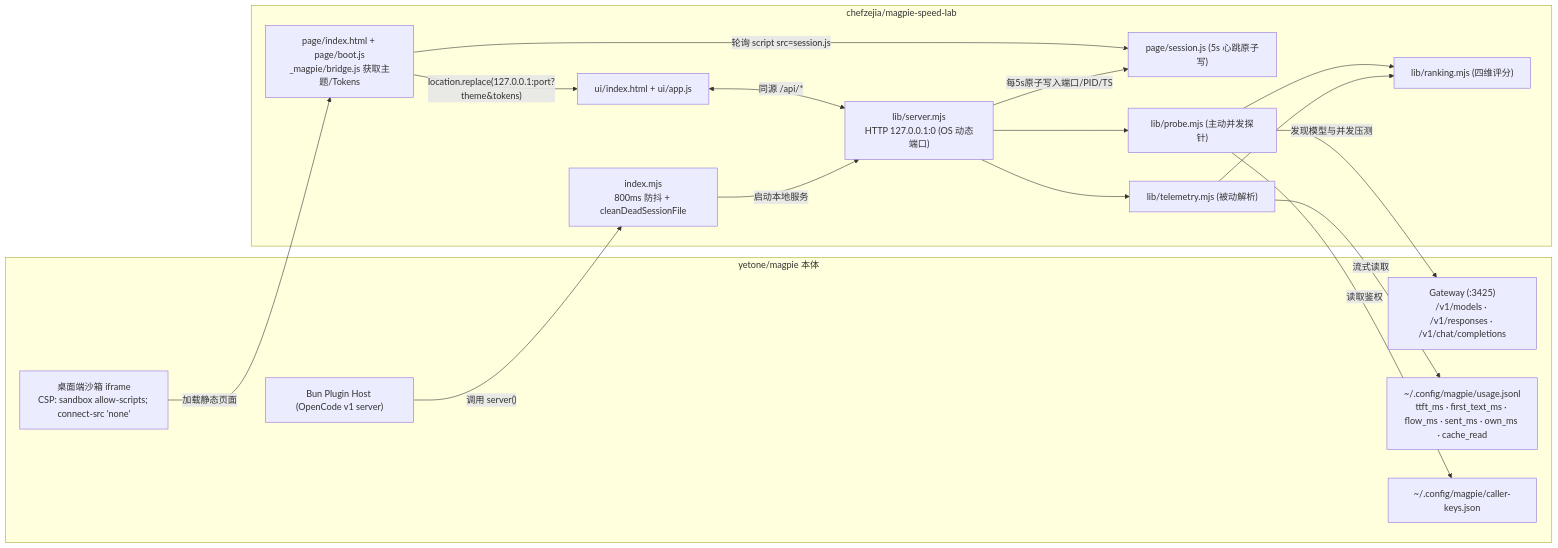
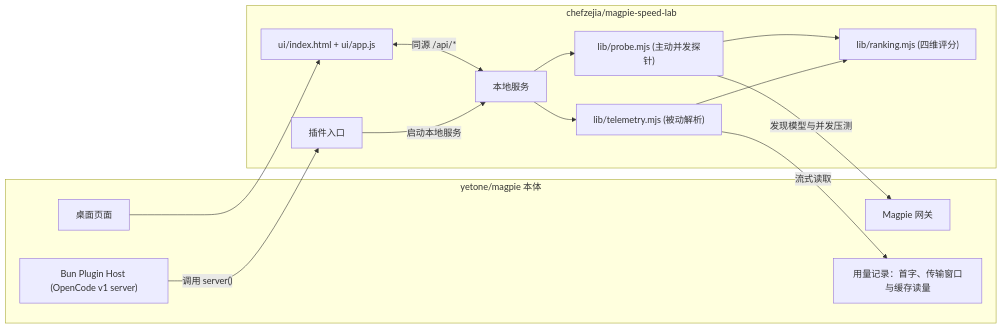
The diagram in content/AI技术与工程/Magpie与LLM网关配置调研/03-`chefzejia_magpie-speed-lab`_源码级深度拆解与_Magpie_协同机制分析.md (fangd123/knowledge-wiki), drawn with Mermaid before and after one commit. The commit also changed other lines of this file and 26 other files, not shown here.

````diff
--- a/content/AI技术与工程/Magpie与LLM网关配置调研/03-`chefzejia_magpie-speed-lab`_源码级深度拆解与_Magpie_协同机制分析.md
+++ b/content/AI技术与工程/Magpie与LLM网关配置调研/03-`chefzejia_magpie-speed-lab`_源码级深度拆解与_Magpie_协同机制分析.md
@@ -55,36 +52,29 @@
 ```mermaid
 flowchart LR
     subgraph Magpie["yetone/magpie 本体"]
-        GW["Gateway (:3425)<br/>/v1/models · /v1/responses · /v1/chat/completions"]
-        UL["~/.config/magpie/usage.jsonl<br/>ttft_ms · first_text_ms · flow_ms · sent_ms · own_ms · cache_read"]
-        CK["~/.config/magpie/caller-keys.json"]
+        GW["Magpie 网关"]
+        UL["用量记录：首字、传输窗口与缓存读量"]
         Host["Bun Plugin Host (OpenCode v1 server)"]
-        Sandbox["桌面端沙箱 iframe<br/>CSP: sandbox allow-scripts; connect-src 'none'"]
+        Sandbox["桌面页面"]
     end
 
     subgraph Lab["chefzejia/magpie-speed-lab"]
-        Entry["index.mjs<br/>800ms 防抖 + cleanDeadSessionFile"]
-        Srv["lib/server.mjs<br/>HTTP 127.0.0.1:0 (OS 动态端口)"]
-        Sess["page/session.js (5s 心跳原子写)"]
-        Boot["page/index.html + page/boot.js<br/>_magpie/bridge.js 获取主题/Tokens"]
+        Entry["插件入口"]
+        Srv["本地服务"]
         Tel["lib/telemetry.mjs (被动解析)"]
         Prb["lib/probe.mjs (主动并发探针)"]
         Rnk["lib/ranking.mjs (四维评分)"]
         UI["ui/index.html + ui/app.js"]
     end
 
     Host -->|"调用 server()"| Entry
     Entry -->|"启动本地服务"| Srv
-    Srv -->|"每5s原子写入端口/PID/TS"| Sess
-    Sandbox -->|"加载静态页面"| Boot
-    Boot -->|"轮询 script src=session.js"| Sess
-    Boot -->|"location.replace(127.0.0.1:port?theme&tokens)"| UI
+    Sandbox --> UI
     UI <-->|"同源 /api/*"| Srv
     Srv --> Tel
     Srv --> Prb
     Tel -->|"流式读取"| UL
     Tel --> Rnk
-    Prb -->|"读取鉴权"| CK
     Prb -->|"发现模型与并发压测"| GW
     Prb --> Rnk
 ```
````
